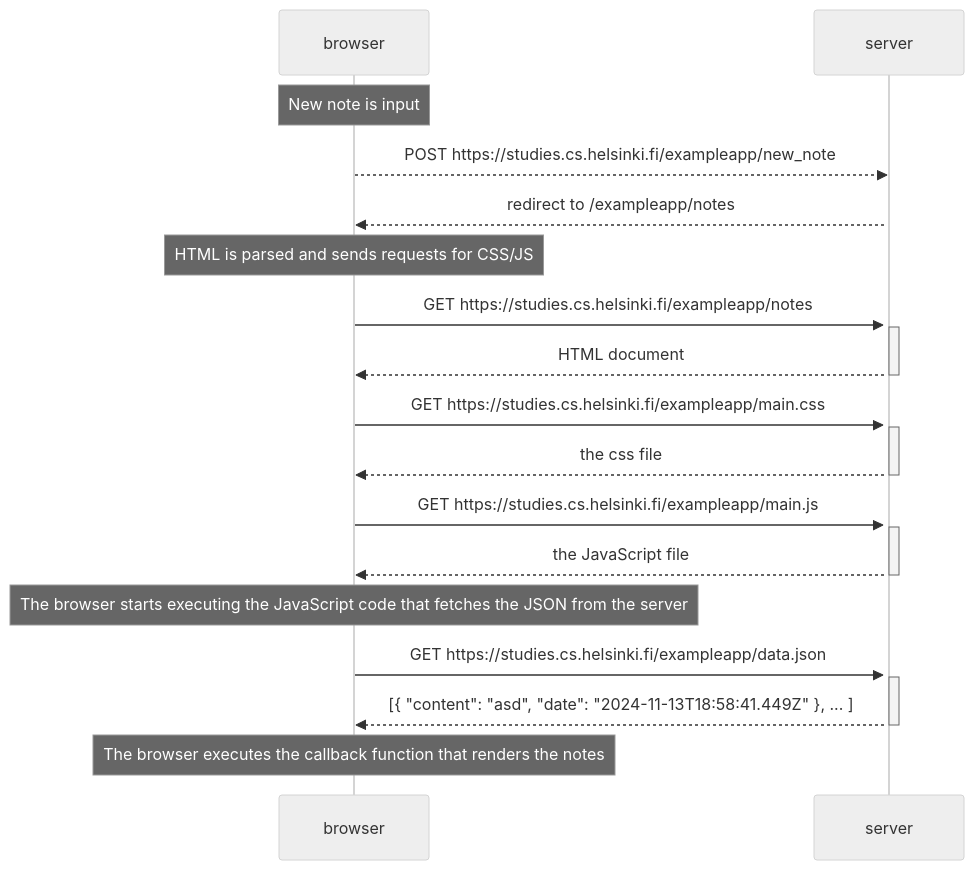
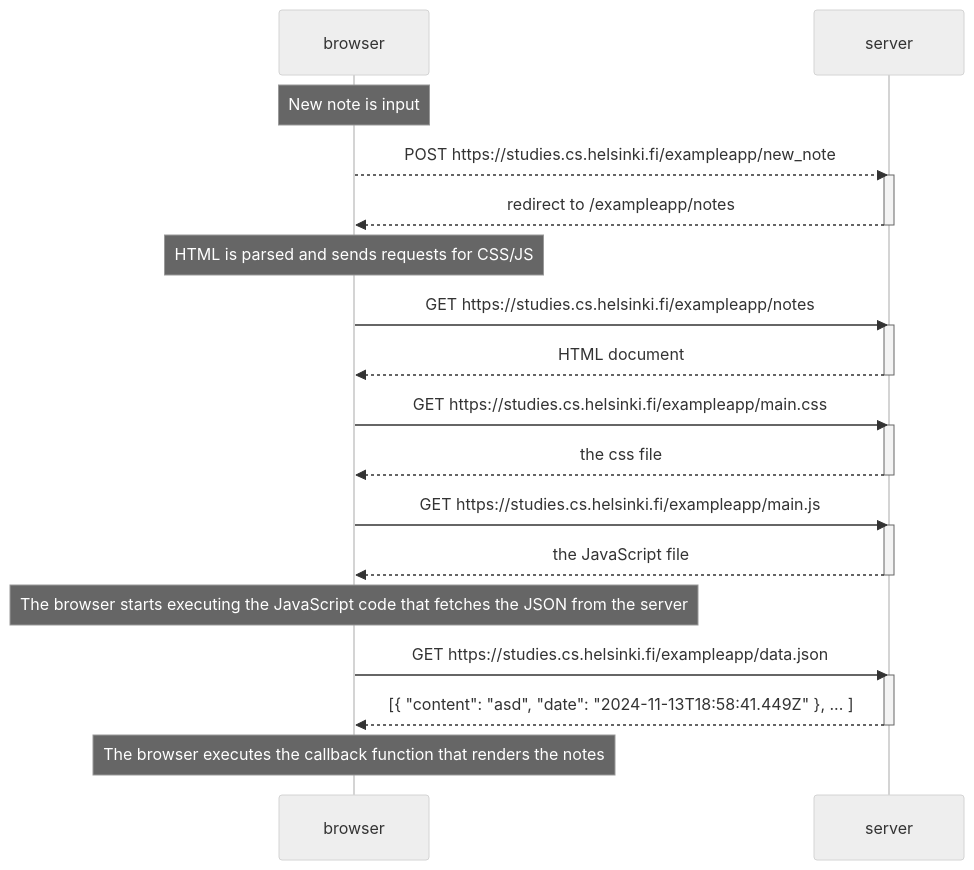
Before and after one commit to jagordon97/fullstackopen: the diagram in part0/0.4.md, drawn with Mermaid (neutral theme).

Commit message:
fixed server for 0.4

````diff
--- a/part0/0.4.md
+++ b/part0/0.4.md
@@ -1,34 +1,36 @@
 ```mermaid
 sequenceDiagram
     participant browser
     participant server
 
     Note over browser: New note is input
     browser-->>server: POST https://studies.cs.helsinki.fi/exampleapp/new_note
     activate server 
     server-->>browser: redirect to /exampleapp/notes
+    deactivate server
+
     Note over browser: HTML is parsed and sends requests for CSS/JS
     browser->>server: GET https://studies.cs.helsinki.fi/exampleapp/notes
     activate server
     server-->>browser: HTML document
     deactivate server
 
     browser->>server: GET https://studies.cs.helsinki.fi/exampleapp/main.css
     activate server
     server-->>browser: the css file
     deactivate server
 
     browser->>server: GET https://studies.cs.helsinki.fi/exampleapp/main.js
     activate server
     server-->>browser: the JavaScript file
     deactivate server
 
     Note over browser: The browser starts executing the JavaScript code that fetches the JSON from the server
 
     browser->>server: GET https://studies.cs.helsinki.fi/exampleapp/data.json
     activate server
     server-->>browser: [{ "content": "asd", "date": "2024-11-13T18:58:41.449Z" }, ... ]
     deactivate server
 
     Note over browser: The browser executes the callback function that renders the notes
 ```
````
